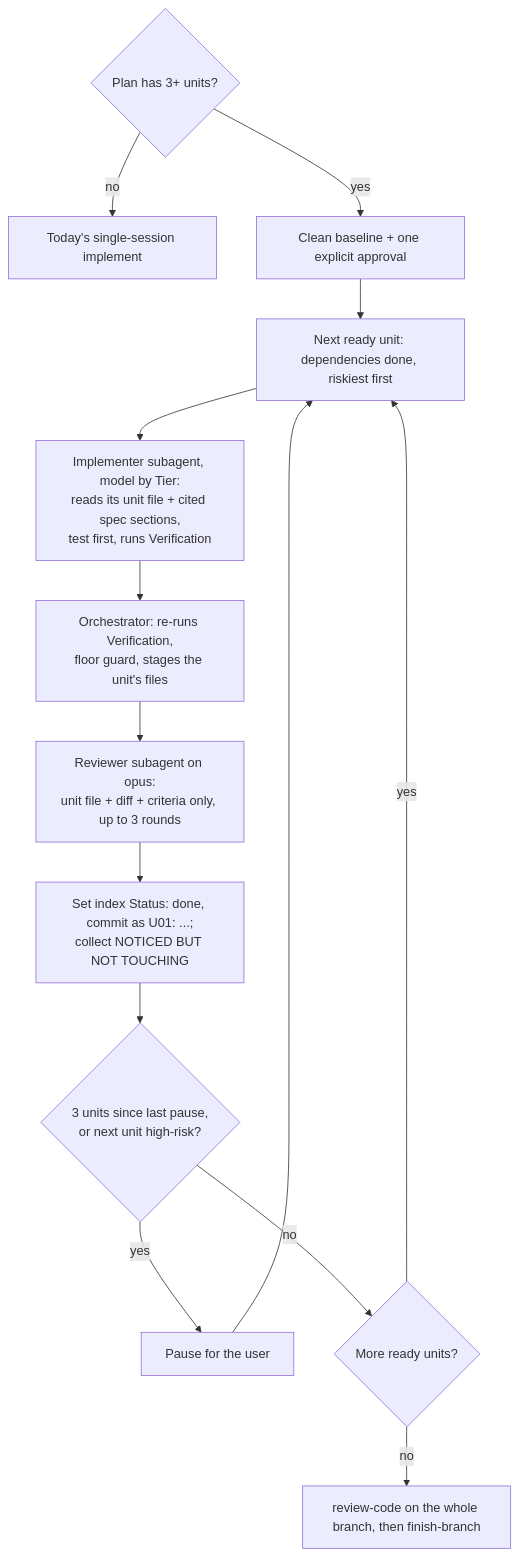
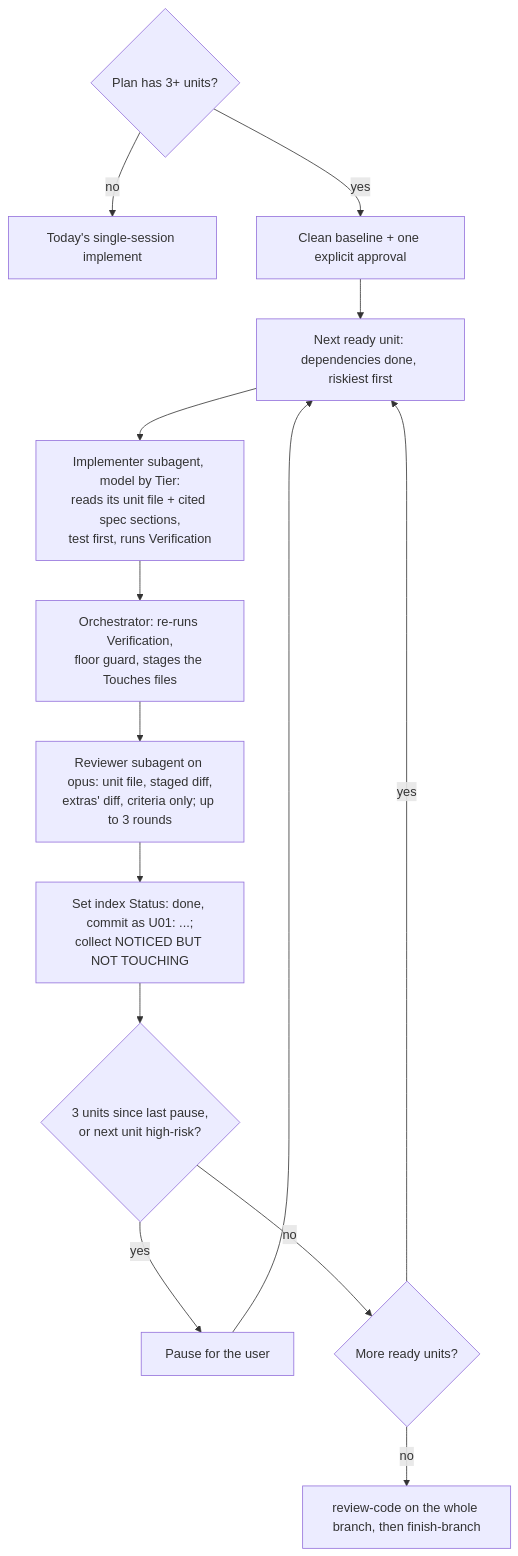
The diagram in docs/specs/2026-10-19-sequential-dispatch.md (girijesh-ai/spec-driven-engineering), drawn with Mermaid before and after one commit. The commit also changed other lines of this file and 4 other files, not shown here.

````diff
--- a/docs/specs/2026-10-19-sequential-dispatch.md
+++ b/docs/specs/2026-10-19-sequential-dispatch.md
@@ -124,15 +125,15 @@
 ```mermaid
 flowchart TD
   A{Plan has 3+ units?} -- no --> S[Today's single-session implement]
   A -- yes --> B[Clean baseline + one explicit approval]
   B --> C[Next ready unit: dependencies done, riskiest first]
   C --> D[Implementer subagent, model by Tier:<br/>reads its unit file + cited spec sections,<br/>test first, runs Verification]
-  D --> E[Orchestrator: re-runs Verification,<br/>floor guard, stages the unit's files]
-  E --> F[Reviewer subagent on opus:<br/>unit file + diff + criteria only, up to 3 rounds]
+  D --> E[Orchestrator: re-runs Verification,<br/>floor guard, stages the Touches files]
+  E --> F[Reviewer subagent on opus: unit file, staged diff,<br/>extras' diff, criteria only; up to 3 rounds]
   F --> G[Set index Status: done, commit as U01: ...;<br/>collect NOTICED BUT NOT TOUCHING]
   G --> H{3 units since last pause,<br/>or next unit high-risk?}
   H -- yes --> P[Pause for the user] --> C
   H -- no --> I{More ready units?}
   I -- yes --> C
   I -- no --> R[review-code on the whole branch, then finish-branch]
 ```
````
